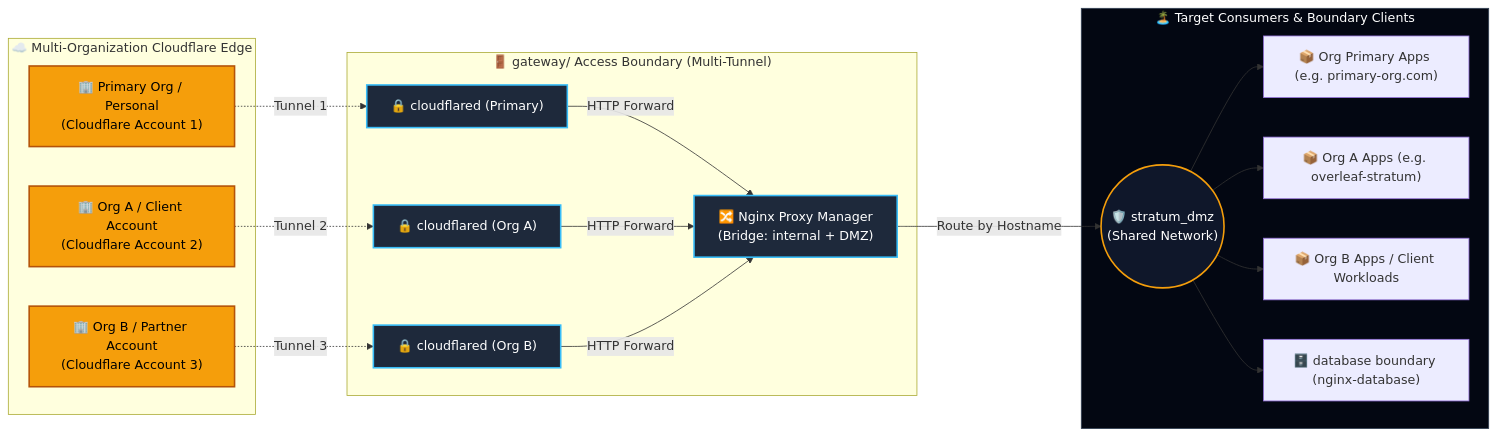
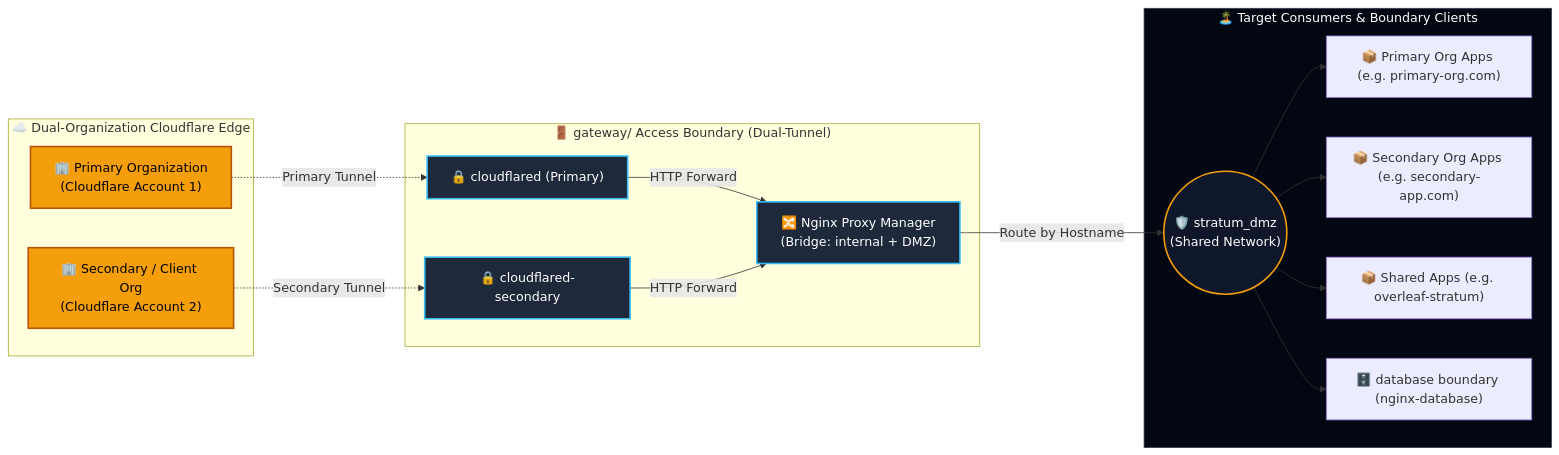
One commit to sandra-puerto/stratum-core changed the diagram in gateway/README.md. Above: the diagram before and after it, drawn with Mermaid. The commit also changed 3 other files, not shown here.

````diff
--- a/gateway/README.md
+++ b/gateway/README.md
@@ -46,37 +46,32 @@
 ```mermaid
 graph LR
-    subgraph MultiOrgEdge ["☁️ Multi-Organization Cloudflare Edge"]
-        EdgePri["🏢 Primary Org / Personal<br/>(Cloudflare Account 1)"]
-        EdgeA["🏢 Org A / Client Account<br/>(Cloudflare Account 2)"]
-        EdgeB["🏢 Org B / Partner Account<br/>(Cloudflare Account 3)"]
+    subgraph MultiOrgEdge ["☁️ Dual-Organization Cloudflare Edge"]
+        EdgePri["🏢 Primary Organization<br/>(Cloudflare Account 1)"]
+        EdgeSec["🏢 Secondary / Client Org<br/>(Cloudflare Account 2)"]
     end
 
-    EdgePri -.->|Tunnel 1| CF_Pri["🔒 cloudflared (Primary)"]
-    EdgeA -.->|Tunnel 2| CF_A["🔒 cloudflared (Org A)"]
-    EdgeB -.->|Tunnel 3| CF_B["🔒 cloudflared (Org B)"]
+    EdgePri -.->|Primary Tunnel| CF_Pri["🔒 cloudflared (Primary)"]
+    EdgeSec -.->|Secondary Tunnel| CF_Sec["🔒 cloudflared-secondary"]
     
-    subgraph GatewayBoundary ["🚪 gateway/ Access Boundary (Multi-Tunnel)"]
+    subgraph GatewayBoundary ["🚪 gateway/ Access Boundary (Dual-Tunnel)"]
         CF_Pri -->|HTTP Forward| NPM["🔀 Nginx Proxy Manager<br/>(Bridge: internal + DMZ)"]
-        CF_A -->|HTTP Forward| NPM
-        CF_B -->|HTTP Forward| NPM
+        CF_Sec -->|HTTP Forward| NPM
     end
 
     NPM -->|Route by Hostname| DMZ(("🛡️ stratum_dmz<br/>(Shared Network)"))
     
     subgraph TargetIslands ["🏝️ Target Consumers & Boundary Clients"]
-        DMZ --> App1["📦 Org Primary Apps (e.g. primary-org.com)"]
-        DMZ --> App2["📦 Org A Apps (e.g. overleaf-stratum)"]
-        DMZ --> App3["📦 Org B Apps / Client Workloads"]
+        DMZ --> App1["📦 Primary Org Apps (e.g. primary-org.com)"]
+        DMZ --> App2["📦 Secondary Org Apps (e.g. secondary-app.com)"]
+        DMZ --> App3["📦 Shared Apps (e.g. overleaf-stratum)"]
         DMZ --> DBProxy["🗄️ database boundary (nginx-database)"]
     end
 
     style EdgePri fill:#f59e0b,stroke:#b45309,stroke-width:2px,color:#000
-    style EdgeA fill:#f59e0b,stroke:#b45309,stroke-width:2px,color:#000
-    style EdgeB fill:#f59e0b,stroke:#b45309,stroke-width:2px,color:#000
+    style EdgeSec fill:#f59e0b,stroke:#b45309,stroke-width:2px,color:#000
     style CF_Pri fill:#1e293b,stroke:#38bdf8,stroke-width:2px,color:#fff
-    style CF_A fill:#1e293b,stroke:#38bdf8,stroke-width:2px,color:#fff
-    style CF_B fill:#1e293b,stroke:#38bdf8,stroke-width:2px,color:#fff
+    style CF_Sec fill:#1e293b,stroke:#38bdf8,stroke-width:2px,color:#fff
     style NPM fill:#1e293b,stroke:#38bdf8,stroke-width:2px,color:#fff
     style DMZ fill:#0f172a,stroke:#f59e0b,stroke-width:2px,color:#fff
     style TargetIslands fill:#030712,stroke:#334155,stroke-width:1px,color:#fff
 ```
````
